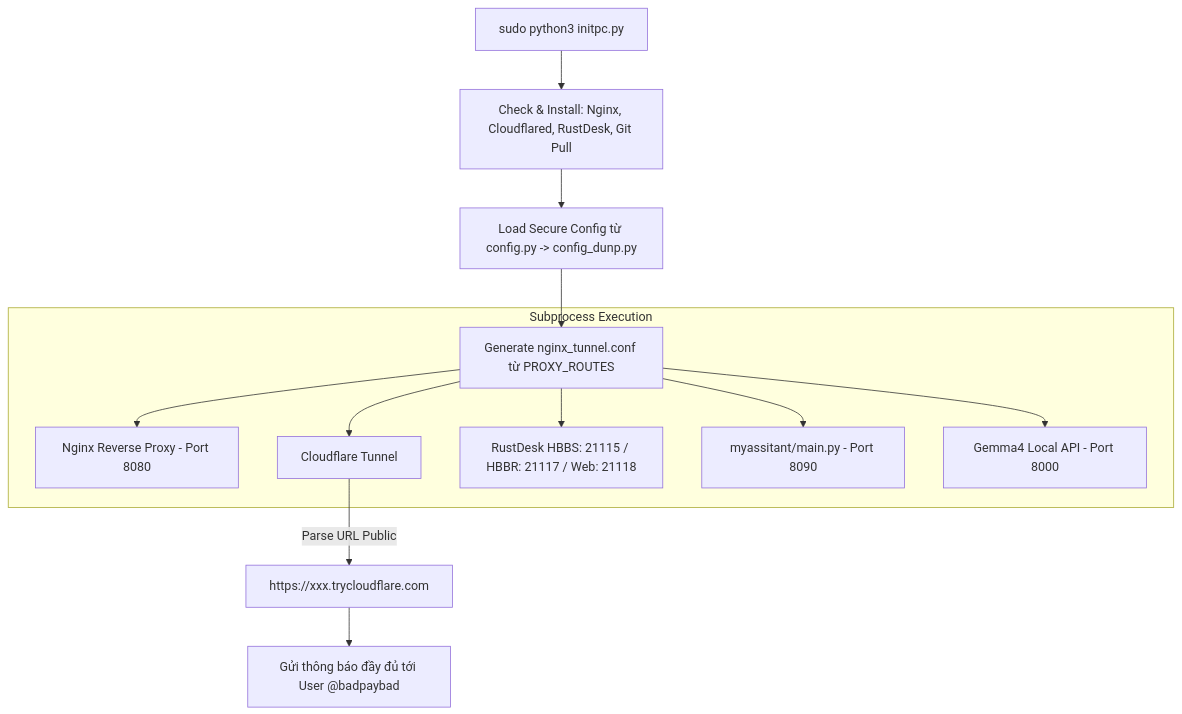
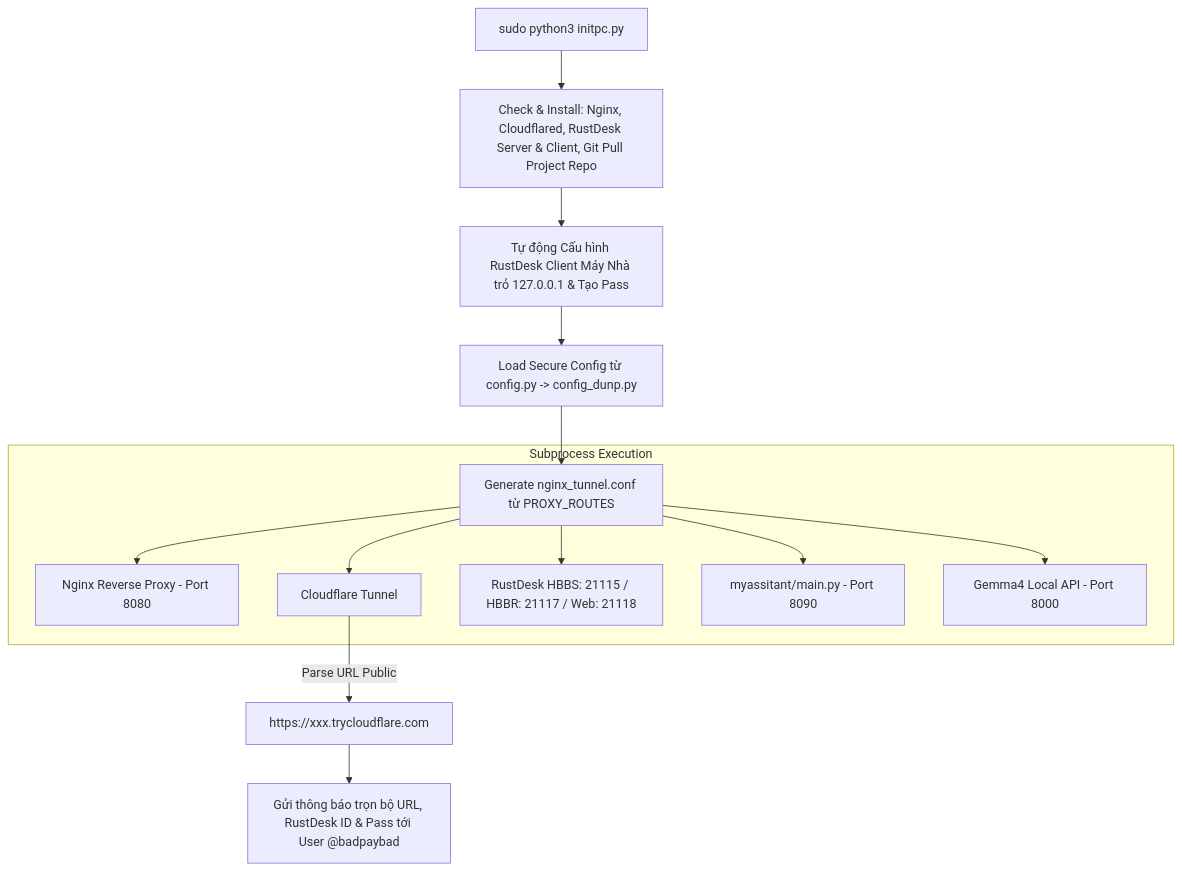
Before and after one commit to badpaybad/a.i-assistant-chatbot-telegram-serverles: the diagram in tunnel.howtodo.md, drawn with Mermaid. The commit also changed other lines of this file and 12 other files, not shown here.

````diff
--- a/tunnel.howtodo.md
+++ b/tunnel.howtodo.md
@@ -54,17 +57,18 @@
 ```mermaid
 flowchart TD
-    Start[sudo python3 initpc.py] --> AutoInstall[Check & Install: Nginx, Cloudflared, RustDesk, Git Pull]
-    AutoInstall --> LoadConfig[Load Secure Config từ config.py -> config_dunp.py]
+    Start[sudo python3 initpc.py] --> AutoInstall[Check & Install: Nginx, Cloudflared, RustDesk Server & Client, Git Pull Project Repo]
+    AutoInstall --> AutoConfigRustDesk[Tự động Cấu hình RustDesk Client Máy Nhà trỏ 127.0.0.1 & Tạo Pass]
+    AutoConfigRustDesk --> LoadConfig[Load Secure Config từ config.py -> config_dunp.py]
     LoadConfig --> GenNginx[Generate nginx_tunnel.conf từ PROXY_ROUTES]
     
     subgraph Subprocess Execution
         GenNginx --> NginxProc[Nginx Reverse Proxy - Port 8080]
         GenNginx --> CFProc[Cloudflare Tunnel]
         GenNginx --> RustDeskProc[RustDesk HBBS: 21115 / HBBR: 21117 / Web: 21118]
         GenNginx --> TelegramApp[myassitant/main.py - Port 8090]
         GenNginx --> Gemma4App[Gemma4 Local API - Port 8000]
     end
 
     CFProc -->|Parse URL Public| SubdomainURL[https://xxx.trycloudflare.com]
-    SubdomainURL --> TelegramNotify[Gửi thông báo đầy đủ tới User @badpaybad]
+    SubdomainURL --> TelegramNotify[Gửi thông báo trọn bộ URL, RustDesk ID & Pass tới User @badpaybad]
 ```
````
